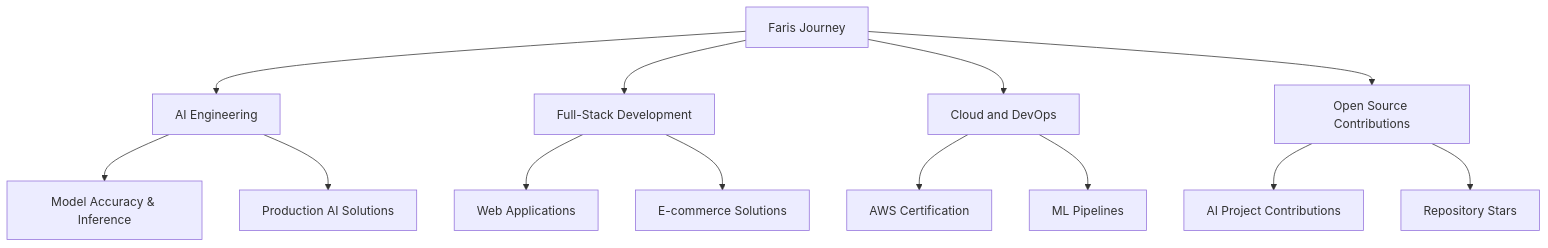
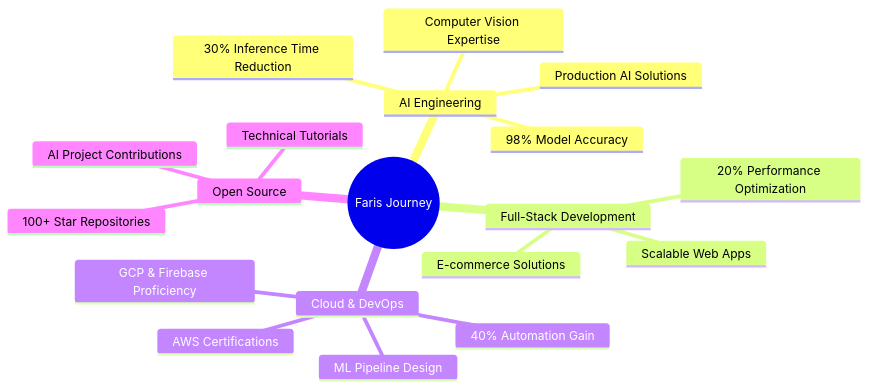
One commit to Darwee4/Darwee4 changed the diagram in README.md. Above: the diagram before and after it, drawn with Mermaid. The commit also changed other lines of this file, not shown here.

````diff
--- a/README.md
+++ b/README.md
@@ -39,25 +39,22 @@
 ```mermaid
-graph TD
-    A[Faris Journey]
-    B[AI Engineering]
-    C[Full-Stack Development]
-    D[Cloud and DevOps]
-    E[Open Source Contributions]
-    
-    A --> B
-    A --> C
-    A --> D
-    A --> E
-    
-    B --> B1[Model Accuracy & Inference]
-    B --> B2[Production AI Solutions]
-    
-    C --> C1[Web Applications]
-    C --> C2[E-commerce Solutions]
-    
-    D --> D1[AWS Certification]
-    D --> D2[ML Pipelines]
-    
-    E --> E1[AI Project Contributions]
-    E --> E2[Repository Stars]
+mindmap
+  root((Faris Journey))
+    AI Engineering
+      98% Model Accuracy
+      30% Inference Time Reduction
+      Production AI Solutions
+      Computer Vision Expertise
+    Full-Stack Development
+      Scalable Web Apps
+      E-commerce Solutions
+      20% Performance Optimization
+    Cloud & DevOps
+      AWS Certifications
+      ML Pipeline Design
+      40% Automation Gain
+      GCP & Firebase Proficiency
+    Open Source
+      AI Project Contributions
+      100+ Star Repositories
+      Technical Tutorials
 ```
````
